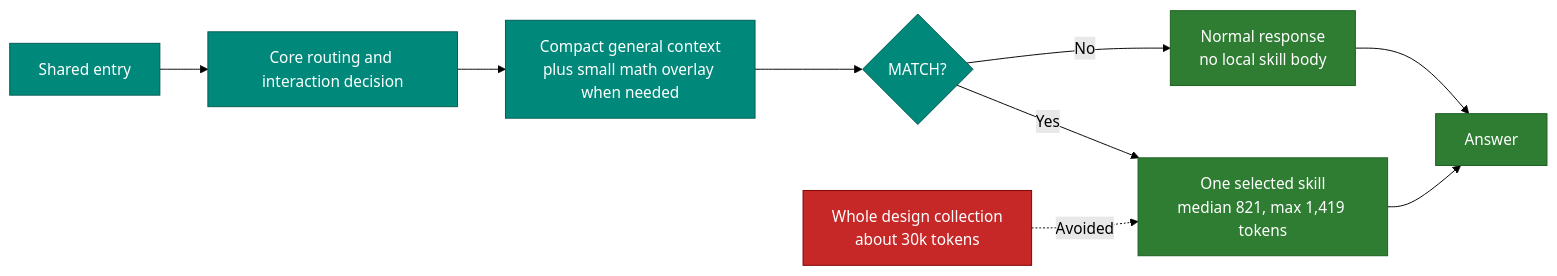
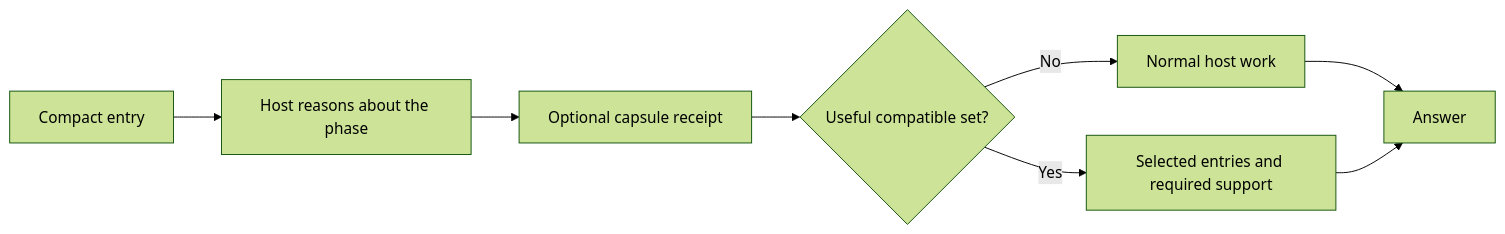
One commit to geekybobz/skills_ai changed the first of 2 diagrams in docs/human/05_SPEED_AND_TROUBLESHOOTING.md. Above: the diagram before and after it, drawn with Mermaid (forest theme). The commit also changed other lines of this file and 173 other files, not shown here.

````diff
--- a/docs/human/05_SPEED_AND_TROUBLESHOOTING.md
+++ b/docs/human/05_SPEED_AND_TROUBLESHOOTING.md
@@ -13,18 +13,10 @@
 ```mermaid
 flowchart LR
-    E["Shared entry"] --> R["Core routing and interaction decision"]
-    R --> P["Compact general context<br/>plus small math overlay when needed"]
-    P --> M{"MATCH?"}
-    M -- "No" --> N["Normal response<br/>no local skill body"]
-    M -- "Yes" --> S["One selected skill<br/>median 821, max 1,419 tokens"]
+    E["Compact entry"] --> S["Host reasons about the phase"]
+    S --> C["Optional capsule receipt"]
+    C --> M{"Useful compatible set?"}
+    M -- "No" --> N["Normal host work"]
+    M -- "Yes" --> K["Selected entries and required support"]
     N --> A["Answer"]
-    S --> A
-    WHOLE["Whole design collection<br/>about 30k tokens"] -. "Avoided" .-> S
-
-    classDef measure fill:#00897B,color:#fff,stroke:#005B52
-    classDef safe fill:#2E7D32,color:#fff,stroke:#1B5E20
-    classDef avoided fill:#C62828,color:#fff,stroke:#7F0000
-    class E,R,P,M measure
-    class N,S,A safe
-    class WHOLE avoided
+    K --> A
 ```
````
